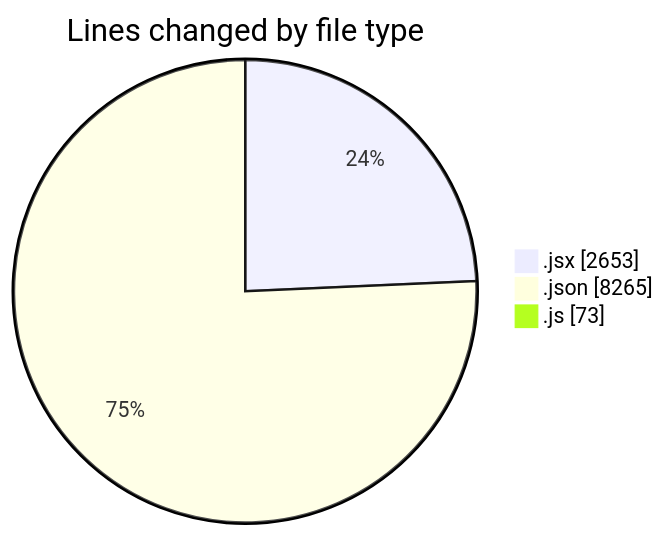
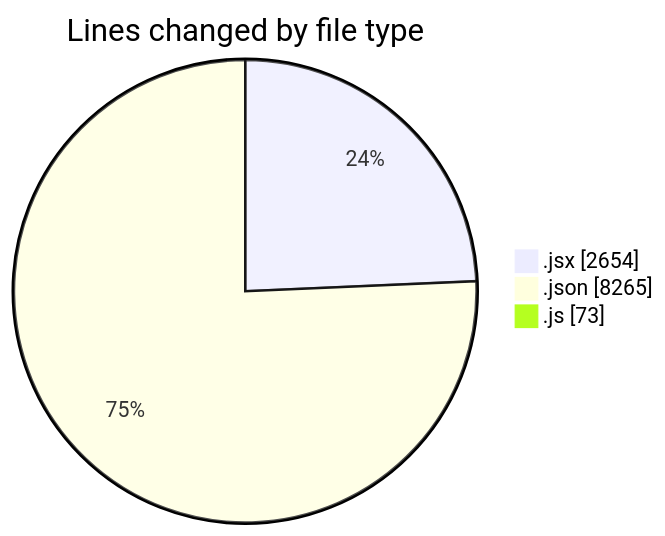
Before and after one commit to nxtqubesakshisongat/code-tracking: the first of 2 diagrams in 2025-12-23/nxtqube_webapp/README.md, drawn with Mermaid. The commit also changed other lines of this file and 1 other file, not shown here.

````diff
--- a/2025-12-23/nxtqube_webapp/README.md
+++ b/2025-12-23/nxtqube_webapp/README.md
@@ -24,7 +24,7 @@
 ```mermaid
 pie showData
 title Lines changed by file type
-".jsx" : 2653
+".jsx" : 2654
 ".json" : 8265
 ".js" : 73
 ```
````
